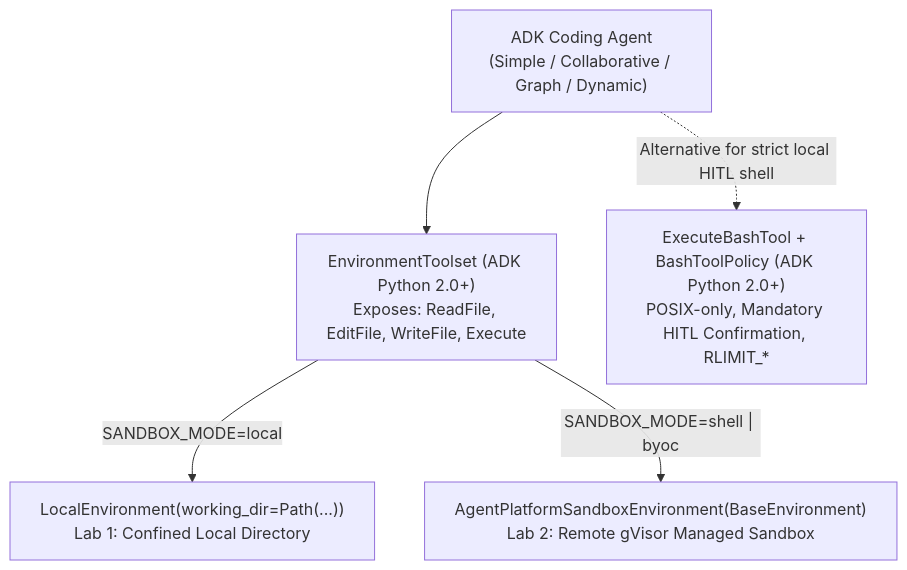
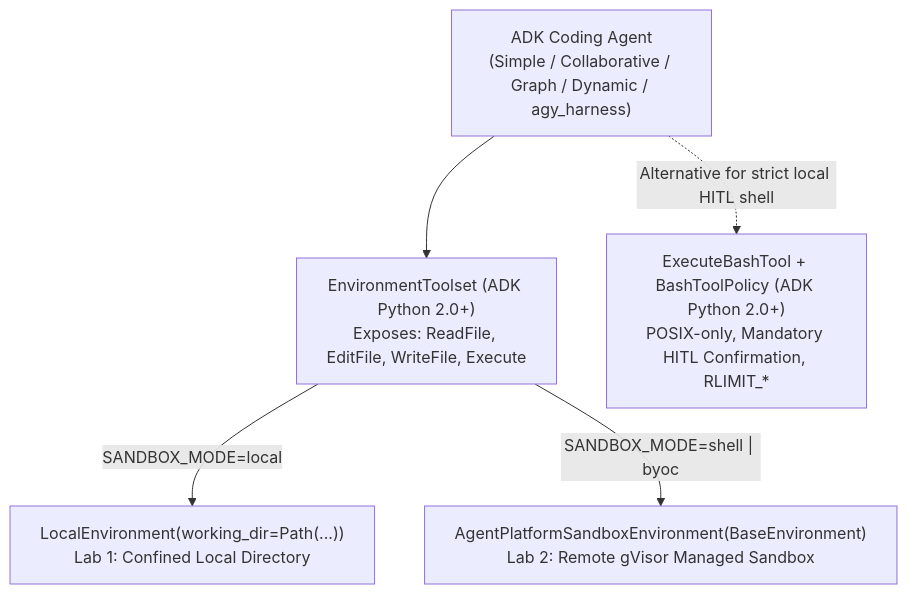
Before and after one commit to jiratouchmhp/coding-agent-workshop: the second of 4 diagrams in workshop/01-LAB-SETUP-AND-BUILD-ADK.md, drawn with Mermaid. The commit also changed other lines of this file and 83 other files, not shown here.

Commit message:
Upgrade to frontier Gemini 4 (Hydrogen/Neon) and integrate agy headless CLI harness across Agent Runtime, BYOC Sandbox, and zero-Docker flows

````diff
--- a/workshop/01-LAB-SETUP-AND-BUILD-ADK.md
+++ b/workshop/01-LAB-SETUP-AND-BUILD-ADK.md
@@ -353,13 +369,13 @@
 ```mermaid
 flowchart TD
-    AGENT["ADK Coding Agent\n(Simple / Collaborative / Graph / Dynamic)"]
+    AGENT["ADK Coding Agent\n(Simple / Collaborative / Graph / Dynamic / agy_harness)"]
     ET["EnvironmentToolset (ADK Python 2.0+)\nExposes: ReadFile, EditFile, WriteFile, Execute"]
     LE["LocalEnvironment(working_dir=Path(...))\nLab 1: Confined Local Directory"]
     SE["AgentPlatformSandboxEnvironment(BaseEnvironment)\nLab 2: Remote gVisor Managed Sandbox"]
     BT["ExecuteBashTool + BashToolPolicy (ADK Python 2.0+)\nPOSIX-only, Mandatory HITL Confirmation, RLIMIT_*"]
 
     AGENT --> ET
     ET -- "SANDBOX_MODE=local" --> LE
     ET -- "SANDBOX_MODE=shell | byoc" --> SE
     AGENT -. "Alternative for strict local HITL shell" .-> BT
 ```
````
